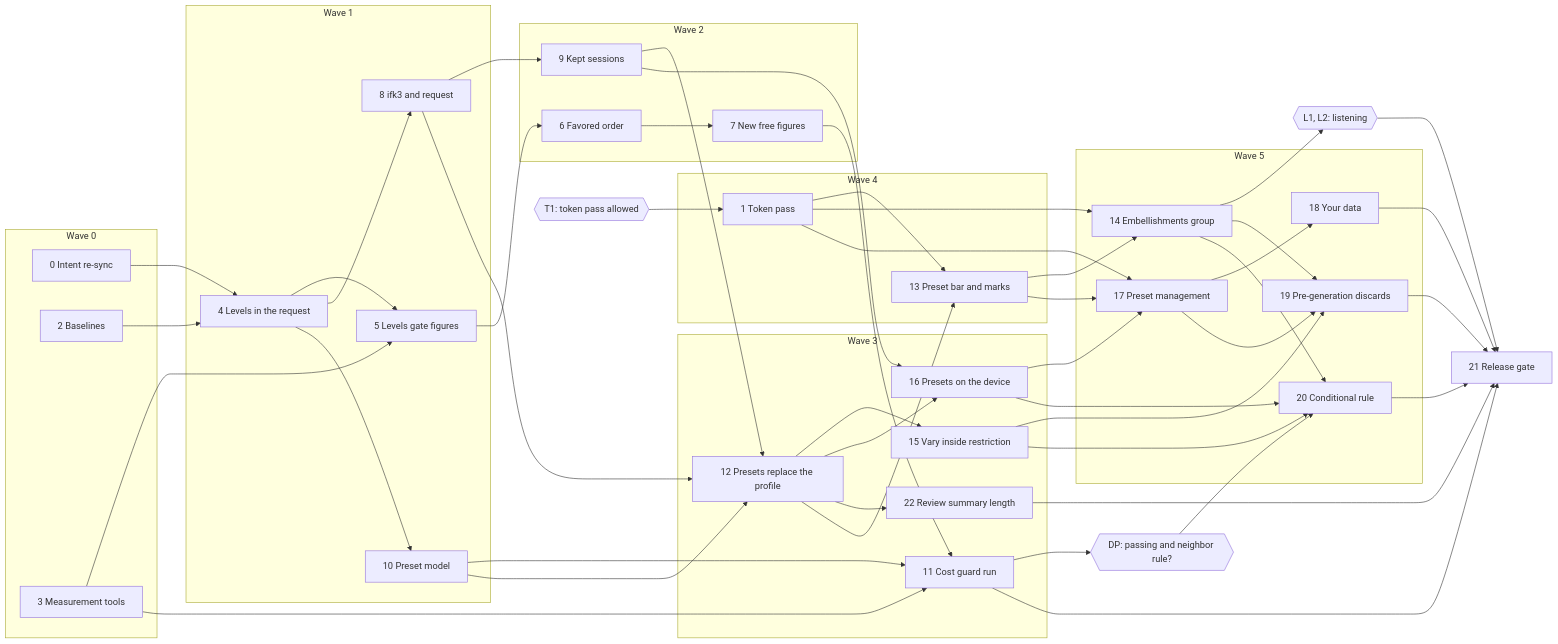
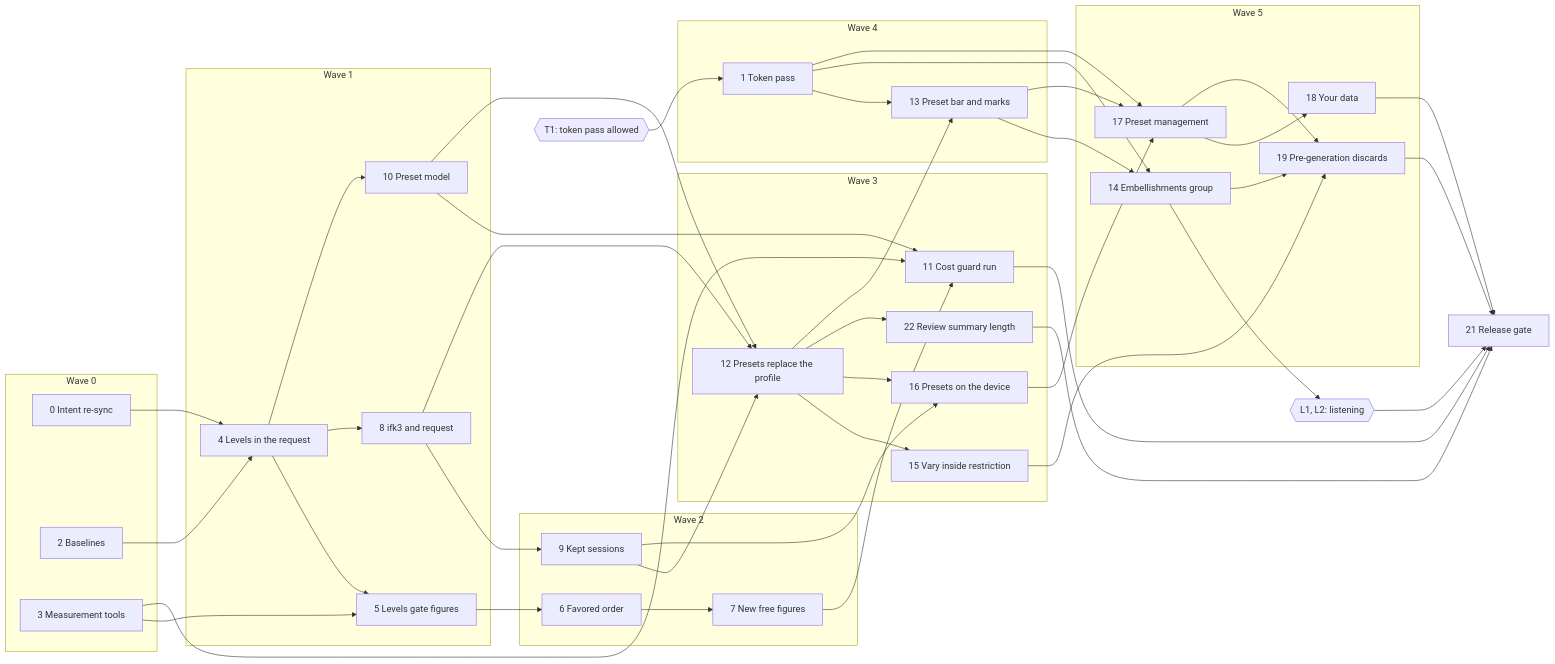
The diagram in specs/versions/v3/build-plan-v3.1.md (kluthen/infinite-flow), drawn with Mermaid before and after one commit. The commit also changed other lines of this file and 4 other files, not shown here.

First line of the commit message:
Spec: D378 (gate DP rejected), the passing-and-neighbor rule does not ship; plan v15, Part B v1.6

````diff
--- a/specs/versions/v3/build-plan-v3.1.md
+++ b/specs/versions/v3/build-plan-v3.1.md
@@ -126,7 +128,6 @@
 ```mermaid
 flowchart LR
   T1{{T1: token pass allowed}}
-  DP{{DP: passing and neighbor rule?}}
   L{{L1, L2: listening}}
   subgraph W0[Wave 0]
     C0[0 Intent re-sync]
@@ -160,7 +161,6 @@
     C17[17 Preset management]
     C18[18 Your data]
     C19[19 Pre-generation discards]
-    C20[20 Conditional rule]
   end
   C21[21 Release gate]
   T1 --> C1
@@ -176,7 +176,6 @@
   C3 --> C11
   C7 --> C11
   C10 --> C11
-  C11 --> DP
   C8 --> C12
   C9 --> C12
   C10 --> C12
@@ -196,14 +195,9 @@
   C14 --> C19
   C15 --> C19
   C17 --> C19
-  DP --> C20
-  C14 --> C20
-  C15 --> C20
-  C16 --> C20
   C11 --> C21
   C18 --> C21
   C19 --> C21
-  C20 --> C21
   C22 --> C21
   L --> C21
 ```
````
